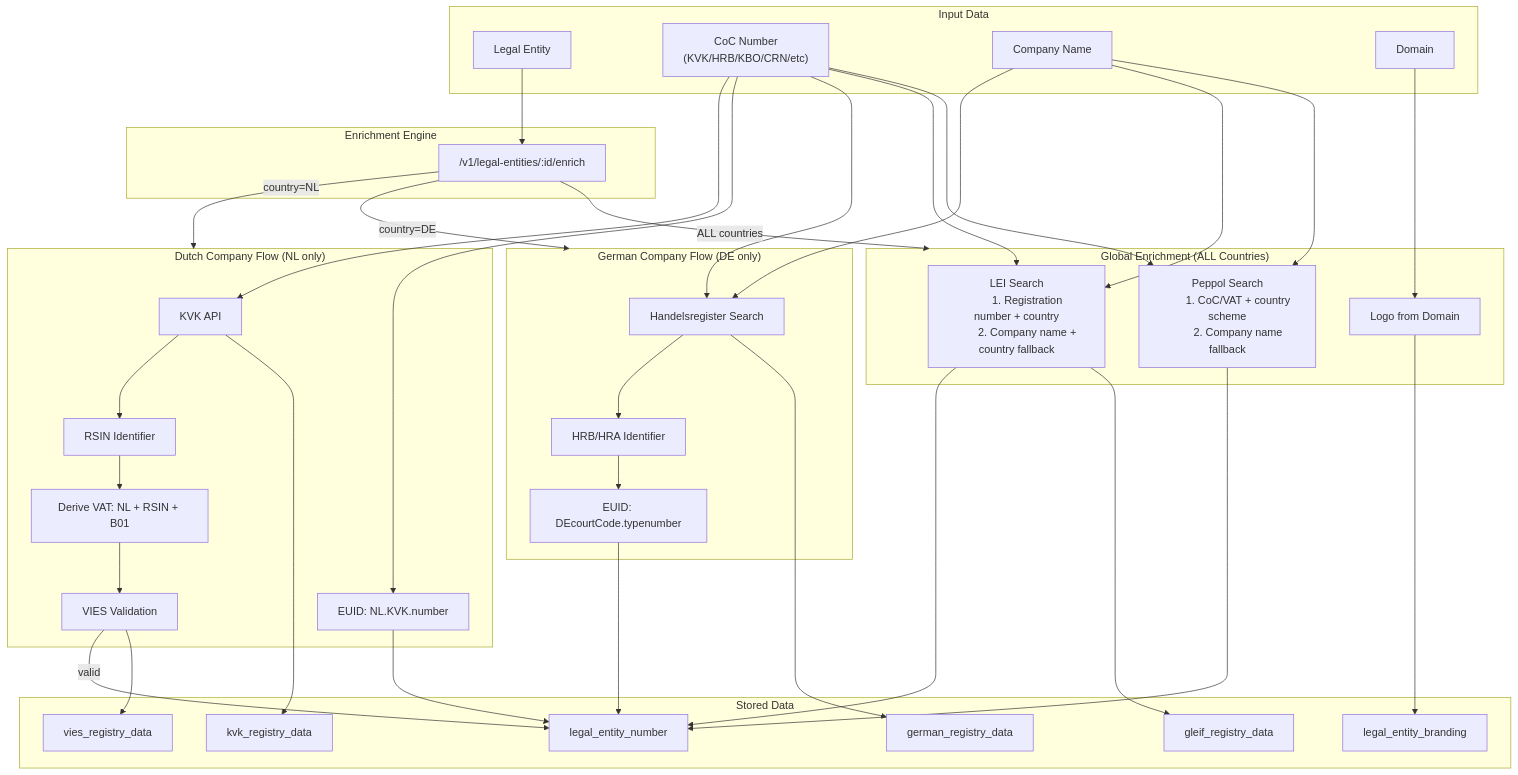
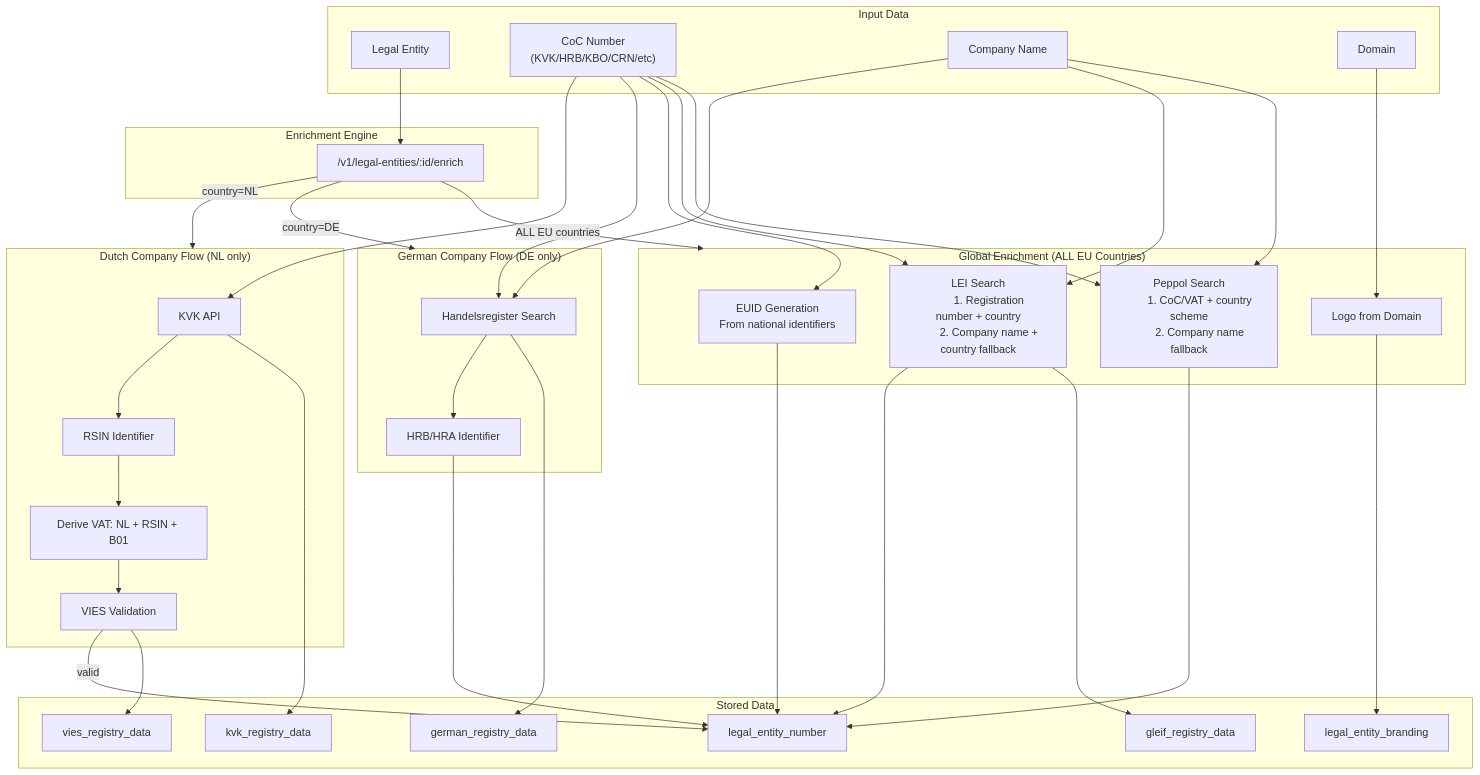
The first of 7 diagrams in docs/ENRICHMENT_ARCHITECTURE.md (DeNoronha/ctn-asr-demo), drawn with Mermaid before and after one commit. The commit also changed other lines of this file and 2 other files, not shown here.

First line of the commit message:
feat: generalize EUID enrichment for all EU countries

````diff
--- a/docs/ENRICHMENT_ARCHITECTURE.md
+++ b/docs/ENRICHMENT_ARCHITECTURE.md
@@ -72,81 +68,81 @@
 ```mermaid
 flowchart TB
     subgraph Input["Input Data"]
         LE[Legal Entity]
         COC_ID["CoC Number
         (KVK/HRB/KBO/CRN/etc)"]
         NAME[Company Name]
         DOMAIN[Domain]
     end
 
     subgraph Enrichment["Enrichment Engine"]
         ENRICH["/v1/legal-entities/:id/enrich"]
     end
 
     subgraph NL["Dutch Company Flow (NL only)"]
         KVK_API[KVK API]
         RSIN[RSIN Identifier]
         VAT_DERIVE[Derive VAT: NL + RSIN + B01]
         VIES[VIES Validation]
-        EUID_NL[EUID: NL.KVK.number]
     end
 
     subgraph DE["German Company Flow (DE only)"]
         HR_SEARCH[Handelsregister Search]
         HRB[HRB/HRA Identifier]
-        EUID_DE[EUID: DEcourtCode.typenumber]
     end
 
-    subgraph Global["Global Enrichment (ALL Countries)"]
+    subgraph Global["Global Enrichment (ALL EU Countries)"]
+        EUID_GEN["EUID Generation
+        From national identifiers"]
         LEI_SEARCH["LEI Search
         1. Registration number + country
         2. Company name + country fallback"]
         PEPPOL_SEARCH["Peppol Search
         1. CoC/VAT + country scheme
         2. Company name fallback"]
         BRANDING[Logo from Domain]
     end
 
     subgraph Output["Stored Data"]
         LEN[legal_entity_number]
         KVK_DATA[kvk_registry_data]
         GLEIF_DATA[gleif_registry_data]
         VIES_DATA[vies_registry_data]
         DE_DATA[german_registry_data]
         BRAND[legal_entity_branding]
     end
 
     LE --> ENRICH
     ENRICH --> |country=NL| NL
     ENRICH --> |country=DE| DE
-    ENRICH --> |ALL countries| Global
+    ENRICH --> |ALL EU countries| Global
 
     COC_ID --> KVK_API
     KVK_API --> RSIN
     KVK_API --> KVK_DATA
     RSIN --> VAT_DERIVE
     VAT_DERIVE --> VIES
     VIES --> |valid| LEN
     VIES --> VIES_DATA
-    COC_ID --> EUID_NL
-    EUID_NL --> LEN
 
     COC_ID --> HR_SEARCH
     NAME --> HR_SEARCH
     HR_SEARCH --> HRB
     HR_SEARCH --> DE_DATA
-    HRB --> EUID_DE
-    EUID_DE --> LEN
+    HRB --> LEN
+
+    COC_ID --> EUID_GEN
+    EUID_GEN --> LEN
 
     COC_ID --> LEI_SEARCH
     NAME --> LEI_SEARCH
     LEI_SEARCH --> LEN
     LEI_SEARCH --> GLEIF_DATA
 
     COC_ID --> PEPPOL_SEARCH
     NAME --> PEPPOL_SEARCH
     PEPPOL_SEARCH --> LEN
 
     DOMAIN --> BRANDING
     BRANDING --> BRAND
 ```
````
